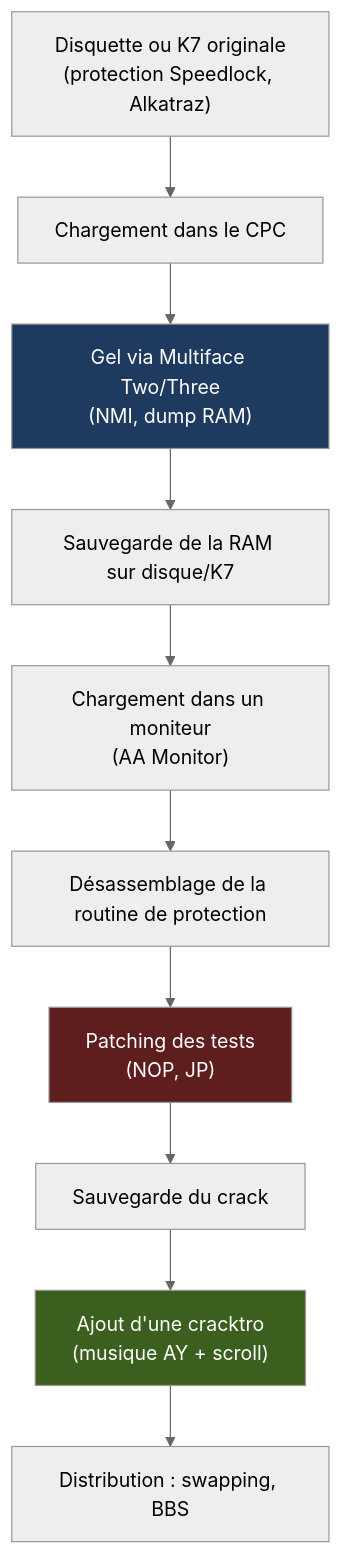
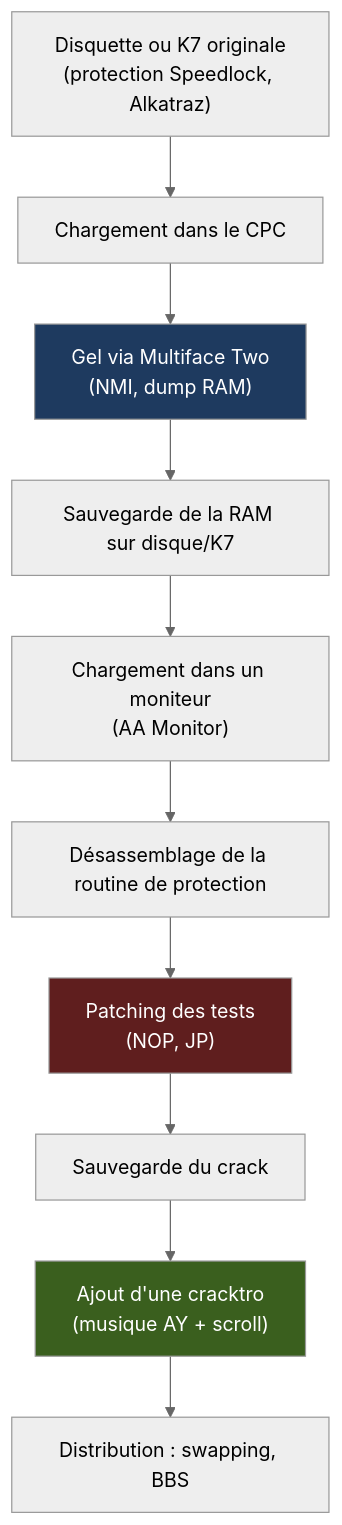
One commit to V-Demon/0xEA0xEA changed the seventh of 14 diagrams in Softs.md. Above: the diagram before and after it, drawn with Mermaid (neutral theme). The commit also changed other lines of this file, not shown here.

````diff
--- a/Softs.md
+++ b/Softs.md
@@ -1088,15 +1083,15 @@
 ```mermaid
 flowchart TD
     A["Disquette ou K7 originale<br/>(protection Speedlock, Alkatraz)"] --> B["Chargement dans le CPC"]
-    B --> C["Gel via Multiface Two/Three<br/>(NMI, dump RAM)"]
+    B --> C["Gel via Multiface Two<br/>(NMI, dump RAM)"]
     C --> D["Sauvegarde de la RAM sur disque/K7"]
     D --> E["Chargement dans un moniteur<br/>(AA Monitor)"]
     E --> F["Désassemblage de la routine de protection"]
     F --> G["Patching des tests<br/>(NOP, JP)"]
     G --> H["Sauvegarde du crack"]
     H --> I["Ajout d'une cracktro<br/>(musique AY + scroll)"]
     I --> J["Distribution : swapping, BBS"]
     style C fill:#1e3a5f,color:#fff
     style G fill:#5f1e1e,color:#fff
     style I fill:#3a5f1e,color:#fff
 ```
````
